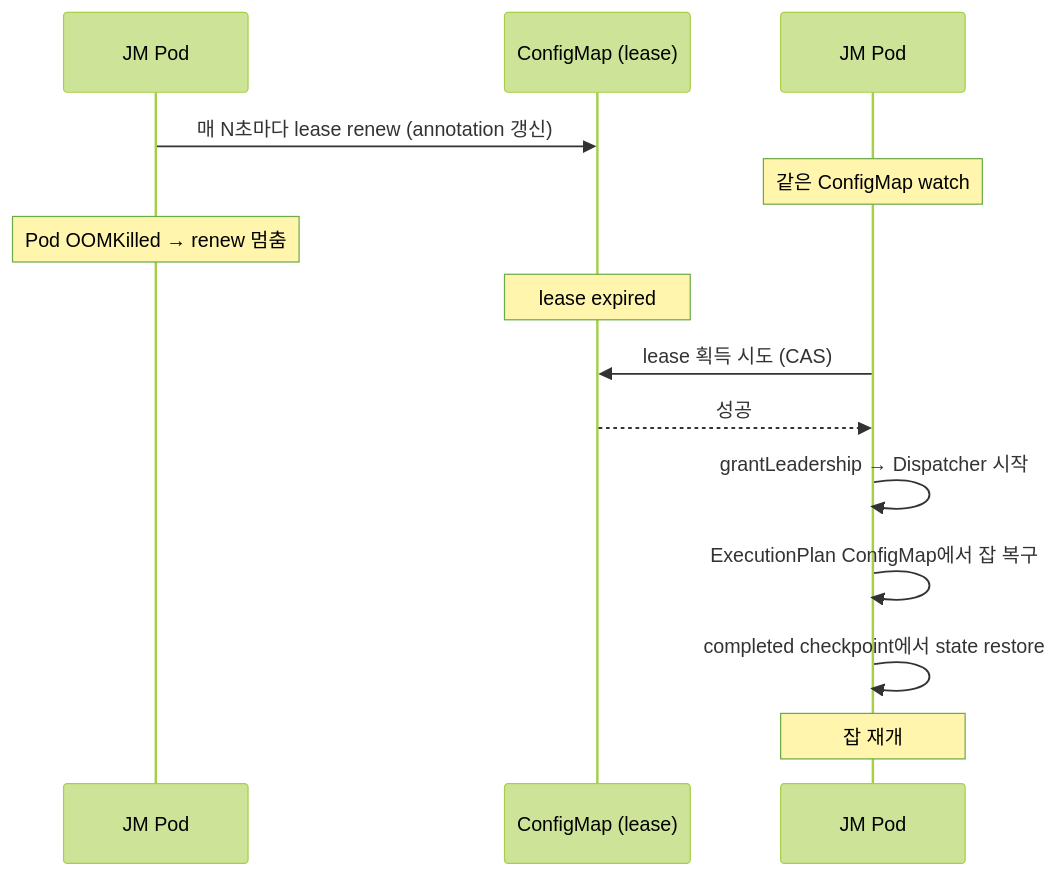
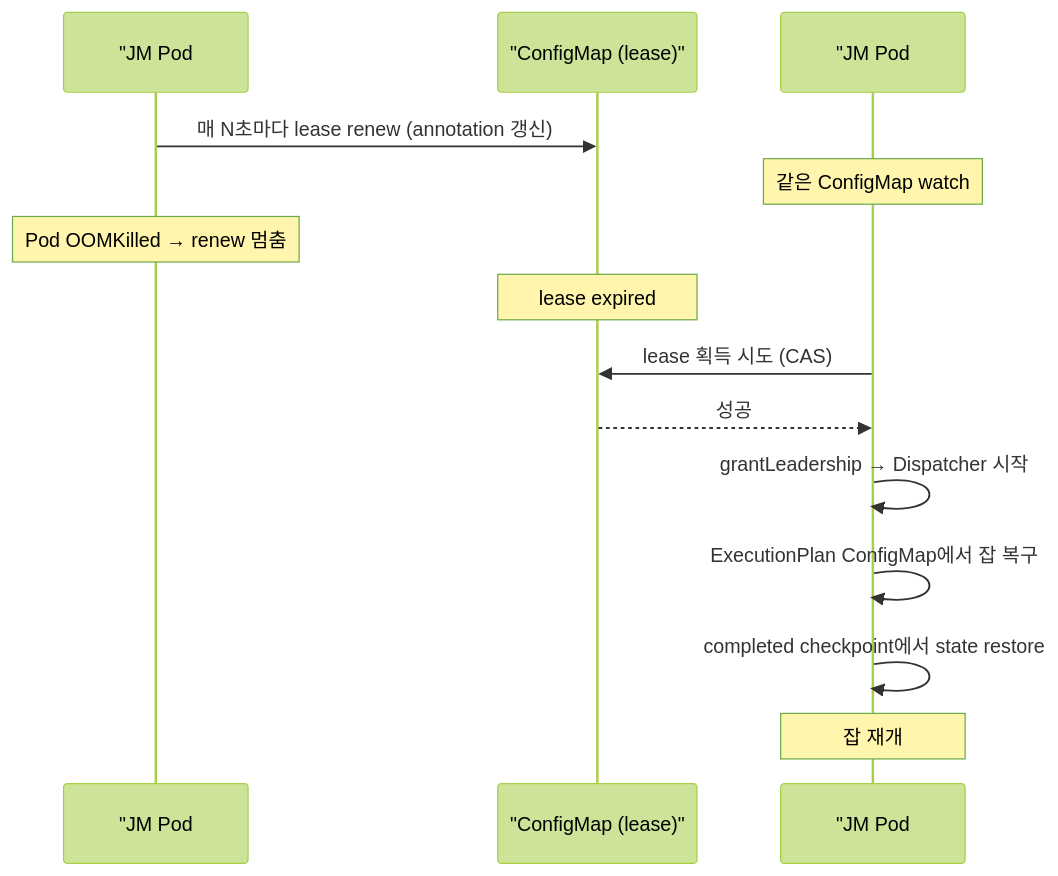
Before and after one commit to pinwheel-m83/flink: the diagram in dkdocs/09-kubernetes-integration/04-k8s-ha-leader-election.md, drawn with Mermaid (forest theme). The commit also changed 9 other files, not shown here.

First line of the commit message:
dkdocs: fix mermaid sequenceDiagram syntax — quote participant alias + escape <Type>

````diff
--- a/dkdocs/09-kubernetes-integration/04-k8s-ha-leader-election.md
+++ b/dkdocs/09-kubernetes-integration/04-k8s-ha-leader-election.md
@@ -58,17 +58,17 @@
 ```mermaid
 sequenceDiagram
-    participant JM1 as JM Pod #1 (현재 leader)
-    participant CM as ConfigMap (lease)
-    participant JM2 as JM Pod #2 (standby)
+    participant JM1 as "JM Pod #1 (현재 leader)"
+    participant CM as "ConfigMap (lease)"
+    participant JM2 as "JM Pod #2 (standby)"
     
     JM1->>CM: 매 N초마다 lease renew (annotation 갱신)
     Note over JM2: 같은 ConfigMap watch
     Note over JM1: Pod OOMKilled → renew 멈춤
     Note over CM: lease expired
     JM2->>CM: lease 획득 시도 (CAS)
     CM-->>JM2: 성공
     JM2->>JM2: grantLeadership → Dispatcher 시작
     JM2->>JM2: ExecutionPlan ConfigMap에서 잡 복구
     JM2->>JM2: completed checkpoint에서 state restore
     Note over JM2: 잡 재개
 ```
````
